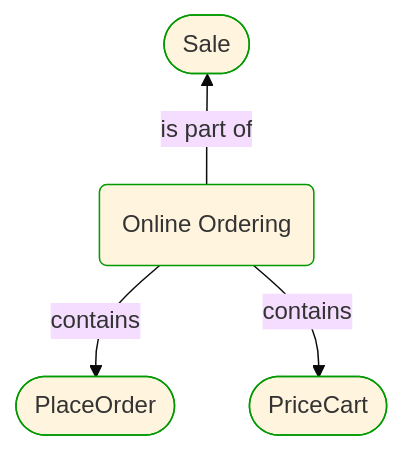
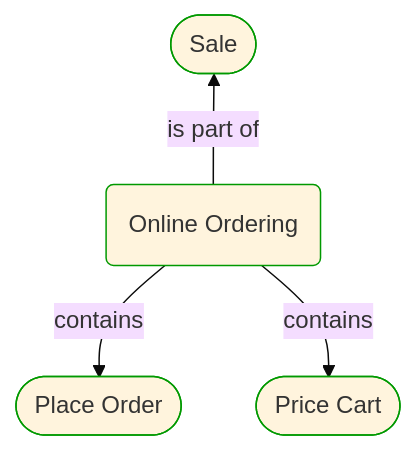
One commit to itlibrium/DDD-starter-dotnet changed the first of 3 diagrams in Docs/P3/MermaidOutput/Domain/Processes/Sale/Online ordering/OnlineOrdering.md. Above: the diagram before and after it, drawn with Mermaid (base theme). The commit also changed other lines of this file and 51 other files, not shown here.

````diff
--- a/Docs/P3/MermaidOutput/Domain/Processes/Sale/Online ordering/OnlineOrdering.md
+++ b/Docs/P3/MermaidOutput/Domain/Processes/Sale/Online ordering/OnlineOrdering.md
@@ -22,20 +22,20 @@
 ```mermaid
   flowchart TB
     0([Sale])
     class 0 DomainPerspective
     1(Online Ordering)
     class 1 DomainPerspective
     0---1
     1-->|is part of|0
     1---0
-    2([PlaceOrder])
+    2([Place Order])
     class 2 DomainPerspective
     1-->|contains|2
-    3([PriceCart])
+    3([Price Cart])
     class 3 DomainPerspective
     1-->|contains|3
     linkStyle 0,2 stroke:none
     classDef DomainPerspective stroke:#009900
     classDef TechnologyPerspective stroke:#1F41EB
     classDef PeoplePerspective stroke:#FFF014
 ```
````
